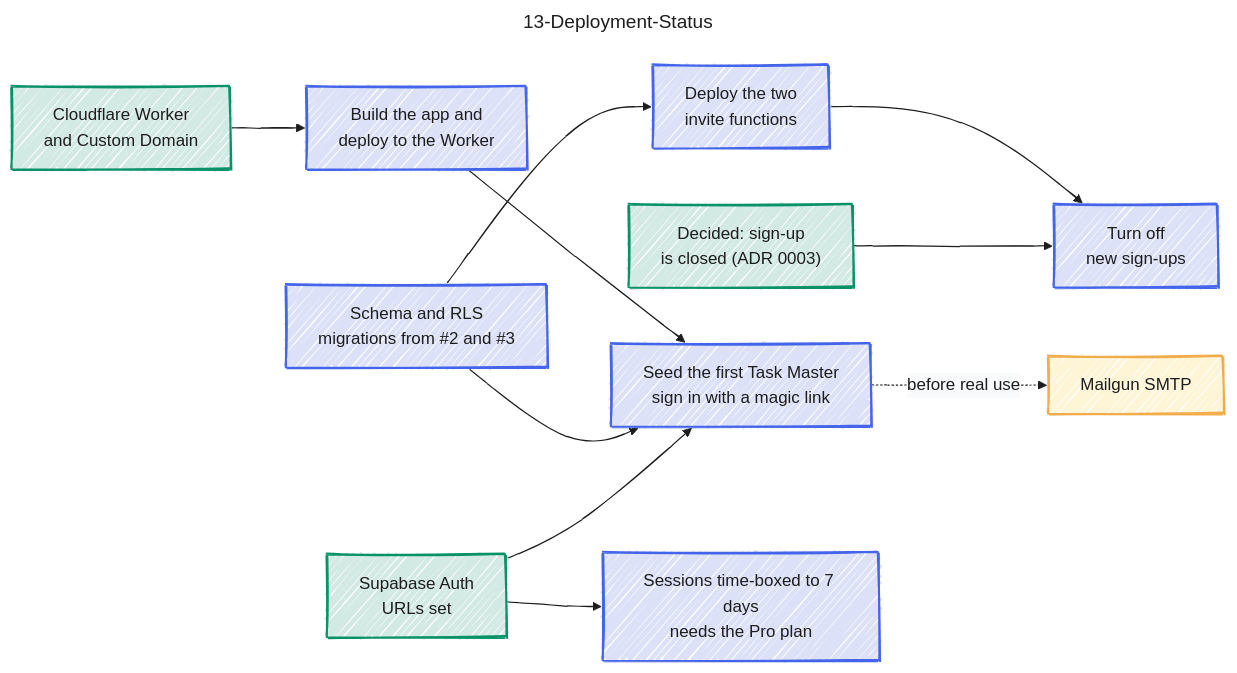
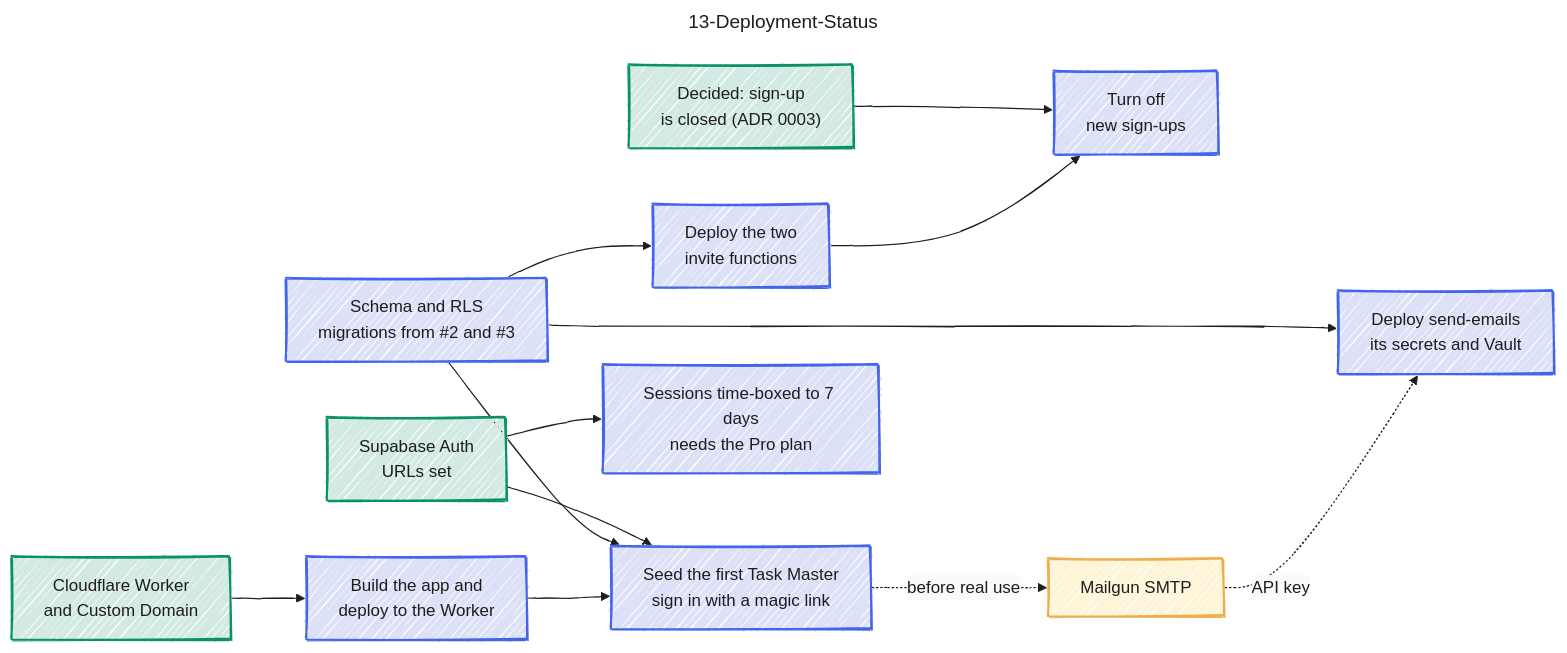
The diagram in docs/diagram/13-Deployment-Status.md (jedt3d/tasuku), drawn with Mermaid before and after one commit. The commit also changed other lines of this file and 7 other files, not shown here.

Commit message:
docs: sync the diagrams with email notifications (#10)

```diff
--- a/docs/diagram/13-Deployment-Status.md
+++ b/docs/diagram/13-Deployment-Status.md
@@ -89,6 +89,7 @@
   signup["Turn off<br/>new sign-ups"]:::blue
   session["Sessions time-boxed to 7 days<br/>needs the Pro plan"]:::blue
   mailgun["Mailgun SMTP"]:::yellow
+  emails["Deploy send-emails<br/>its secrets and Vault"]:::blue
   cf --> app
   auth --> seed
   schema --> seed
@@ -98,6 +99,8 @@
   invite --> signup
   auth --> session
   seed -.->|"before real use"| mailgun
+  schema --> emails
+  mailgun -.->|"API key"| emails
 
 
   classDef blue    fill:#dce1f8,stroke:#4465e9,stroke-width:2px,color:#1d1d1d
```
